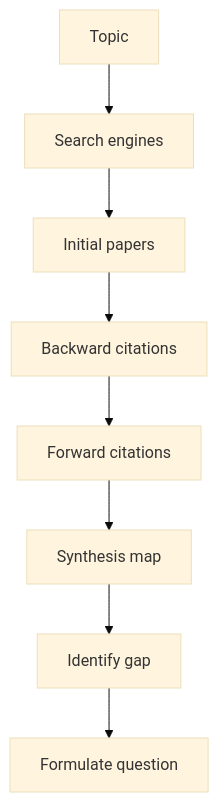
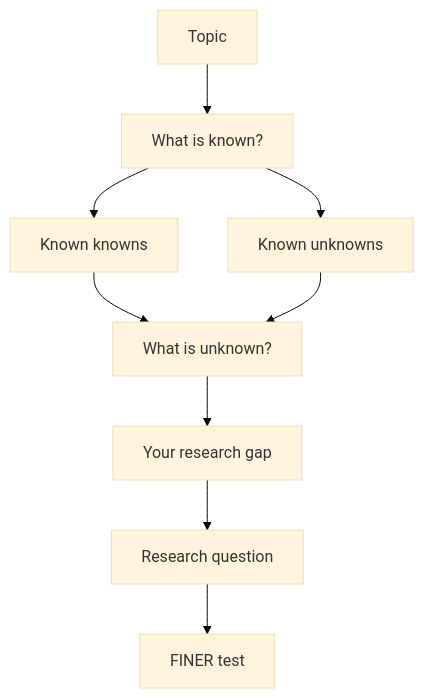
The fifth of 7 diagrams in 01_BSc_Physics/electives/PHYS_2090X_Directed_Studies_I/README.md (yip-lgtm/PhysicsSelfStudy), drawn with Mermaid (base theme) before and after one commit. The commit also changed other lines of this file and 17 other files, not shown here.

````diff
--- a/01_BSc_Physics/electives/PHYS_2090X_Directed_Studies_I/README.md
+++ b/01_BSc_Physics/electives/PHYS_2090X_Directed_Studies_I/README.md
@@ -148,10 +537,11 @@
 ```mermaid
 graph TD
-    A[Topic] --> B[Search engines]
-    B --> C[Initial papers]
-    C --> D[Backward citations]
-    D --> E[Forward citations]
-    E --> F[Synthesis map]
-    F --> G[Identify gap]
-    G --> H[Formulate question]
+    A[Topic] --> B[What is known?]
+    B --> C[Known knowns]
+    B --> D[Known unknowns]
+    C --> E[What is unknown?]
+    D --> E
+    E --> F[Your research gap]
+    F --> G[Research question]
+    G --> H[FINER test]
 ```
````
